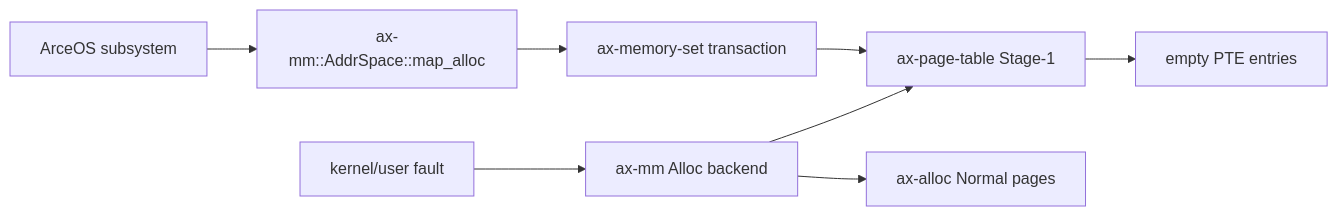
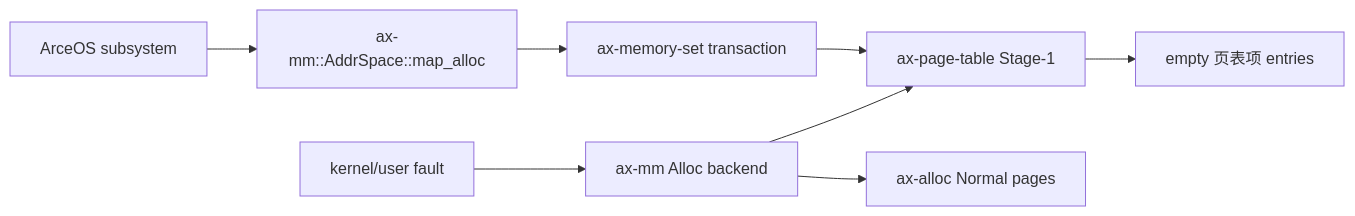
One commit to rcore-os/tgoskits changed the third of 4 diagrams in docs/docs/architecture/memory/integration.md. Above: the diagram before and after it, drawn with Mermaid. The commit also changed other lines of this file and 12 other files, not shown here.

````diff
--- a/docs/docs/architecture/memory/integration.md
+++ b/docs/docs/architecture/memory/integration.md
@@ -270,10 +270,10 @@
 ```mermaid
 flowchart LR
     Caller["ArceOS subsystem"] --> Axmm["ax-mm::AddrSpace::map_alloc"]
     Axmm --> Set["ax-memory-set transaction"]
     Set --> PT["ax-page-table Stage-1"]
-    PT --> Empty["empty PTE entries"]
+    PT --> Empty["empty 页表项 entries"]
     Fault["kernel/user fault"] --> Backend["ax-mm Alloc backend"]
     Backend --> Alloc["ax-alloc Normal pages"]
     Backend --> PT
 ```
````
